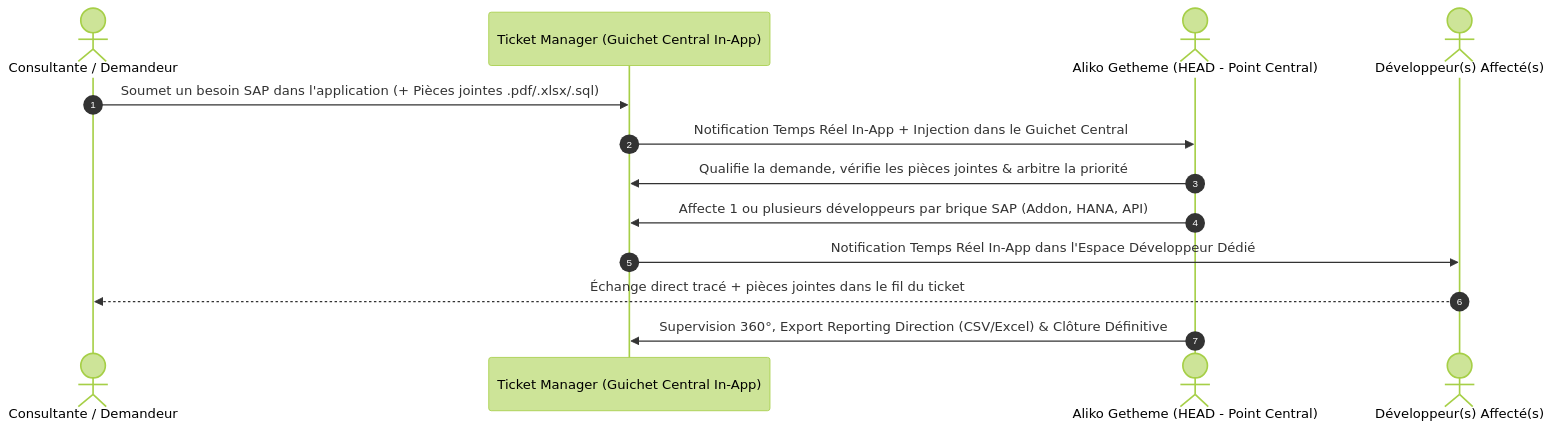
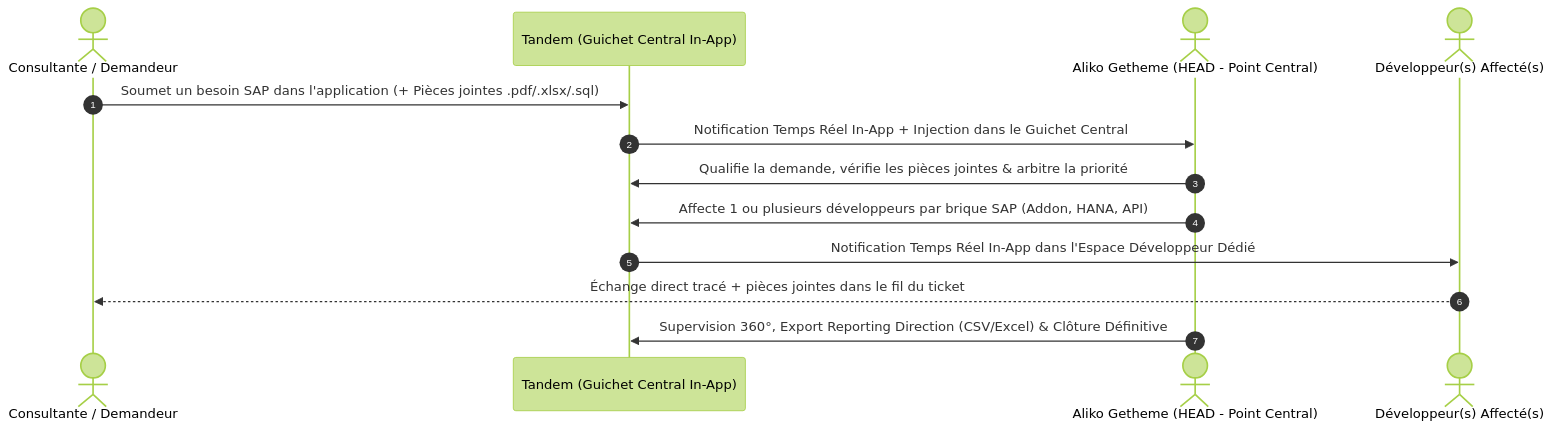
Before and after one commit to MohaDicko/gestion_ticketSAFIR: the first of 2 diagrams in CAHIER_DE_CHARGE.md, drawn with Mermaid (forest theme). The commit also changed other lines of this file, not shown here.

Commit message:
docs(cahier-des-charges): finalize v2.0 client delivery spec for Tandem and verify full test suite

````diff
--- a/CAHIER_DE_CHARGE.md
+++ b/CAHIER_DE_CHARGE.md
@@ -124,16 +125,16 @@
 ```mermaid
 sequenceDiagram
     autonumber
     actor Consultant as Consultante / Demandeur
-    participant App as Ticket Manager (Guichet Central In-App)
+    participant App as Tandem (Guichet Central In-App)
     actor Aliko as Aliko Getheme (HEAD - Point Central)
     actor Dev as Développeur(s) Affecté(s)
 
     Consultant->>App: Soumet un besoin SAP dans l'application (+ Pièces jointes .pdf/.xlsx/.sql)
     App->>Aliko: Notification Temps Réel In-App + Injection dans le Guichet Central
     Aliko->>App: Qualifie la demande, vérifie les pièces jointes & arbitre la priorité
     Aliko->>App: Affecte 1 ou plusieurs développeurs par brique SAP (Addon, HANA, API)
     App->>Dev: Notification Temps Réel In-App dans l'Espace Développeur Dédié
     Dev-->>Consultant: Échange direct tracé + pièces jointes dans le fil du ticket
     Aliko->>App: Supervision 360°, Export Reporting Direction (CSV/Excel) & Clôture Définitive
 ```
````
